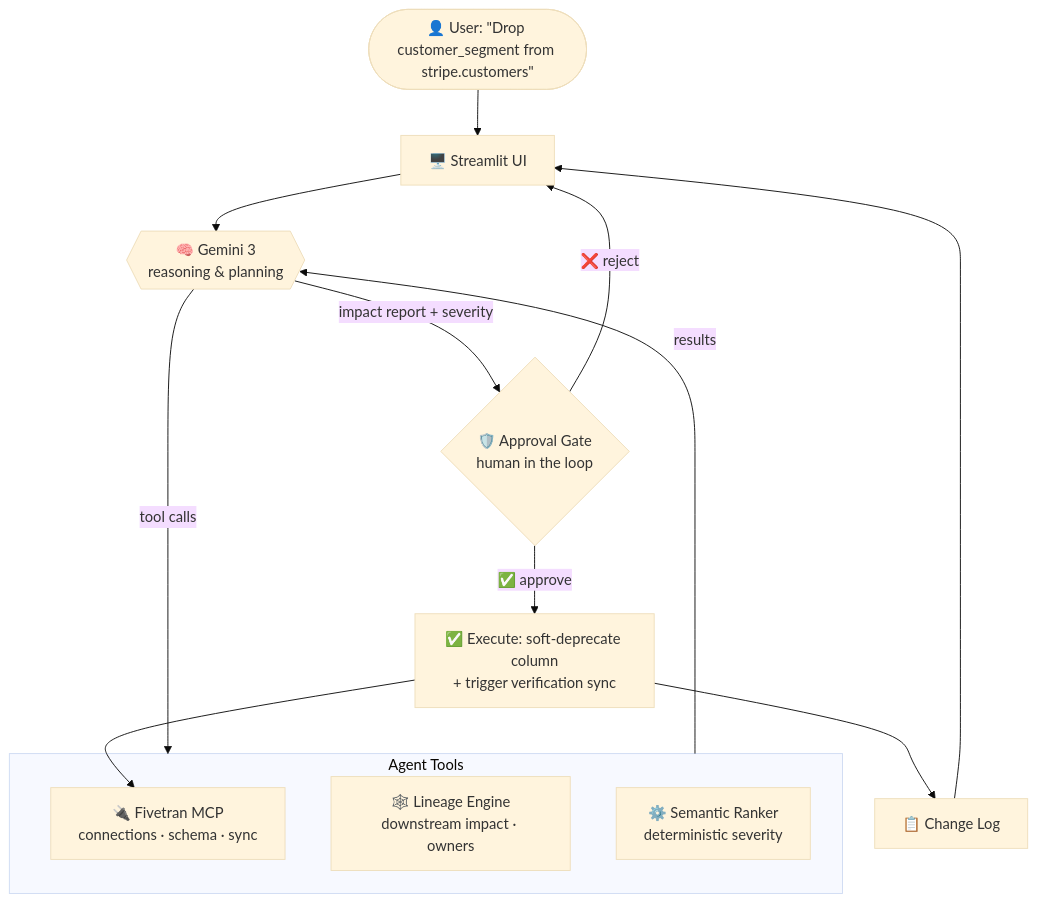
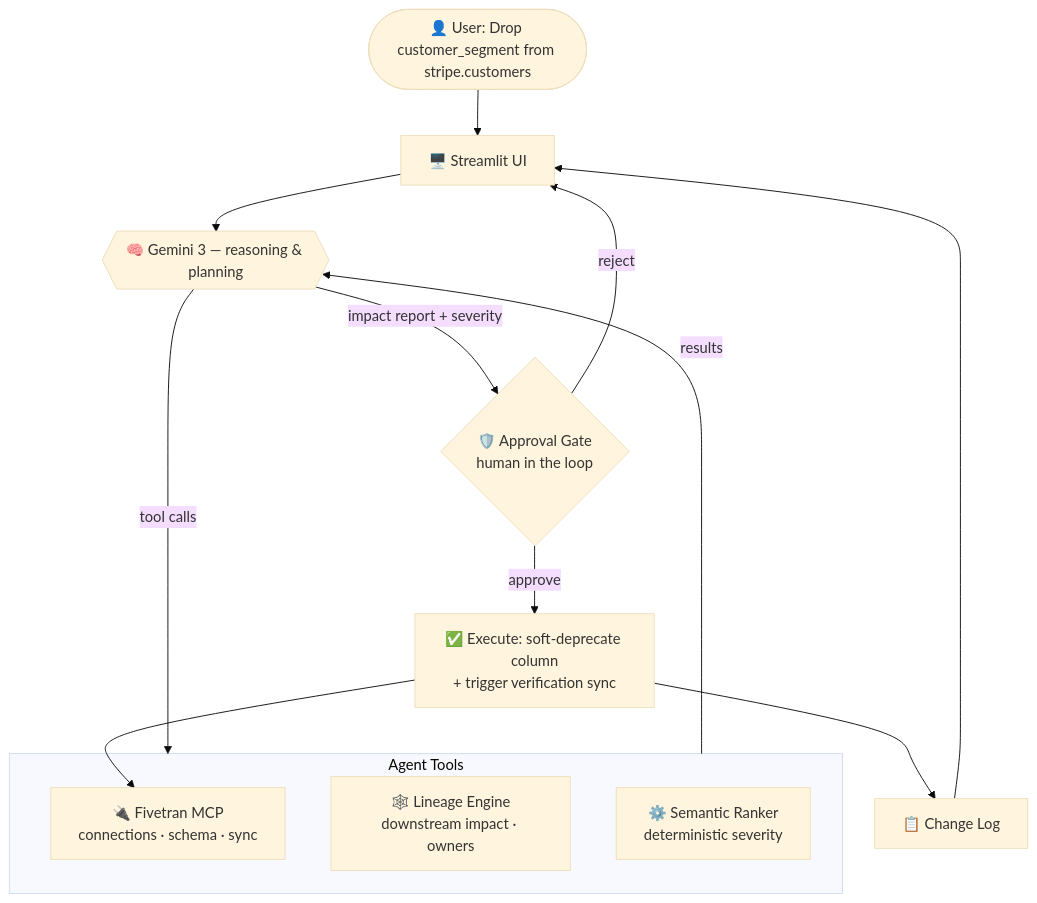
Before and after one commit to coded-devs/Atlas: the diagram in README.md, drawn with Mermaid (base theme).

Commit message:
docs: quote Mermaid node labels for reliable GitHub rendering

````diff
--- a/README.md
+++ b/README.md
@@ -35,22 +35,22 @@
 ```mermaid
 flowchart TD
-    User([👤 User: &quot;Drop customer_segment from stripe.customers&quot;])
-    UI[🖥️ Streamlit UI]
-    Gemini{{🧠 Gemini 3<br/>reasoning &amp; planning}}
-    subgraph Tools[Agent Tools]
-        Fivetran[🔌 Fivetran MCP<br/>connections · schema · sync]
-        Lineage[🕸️ Lineage Engine<br/>downstream impact · owners]
-        Ranker[⚙️ Semantic Ranker<br/>deterministic severity]
+    User(["👤 User: Drop customer_segment from stripe.customers"])
+    UI["🖥️ Streamlit UI"]
+    Gemini{{"🧠 Gemini 3 — reasoning &amp; planning"}}
+    subgraph Tools["Agent Tools"]
+        Fivetran["🔌 Fivetran MCP<br/>connections · schema · sync"]
+        Lineage["🕸️ Lineage Engine<br/>downstream impact · owners"]
+        Ranker["⚙️ Semantic Ranker<br/>deterministic severity"]
     end
-    Gate{🛡️ Approval Gate<br/>human in the loop}
-    Exec[✅ Execute: soft-deprecate column<br/>+ trigger verification sync]
-    Log[📋 Change Log]
+    Gate{"🛡️ Approval Gate<br/>human in the loop"}
+    Exec["✅ Execute: soft-deprecate column<br/>+ trigger verification sync"]
+    Log["📋 Change Log"]
 
     User --> UI --> Gemini
     Gemini -->|tool calls| Tools
     Tools -->|results| Gemini
     Gemini -->|impact report + severity| Gate
-    Gate -->|❌ reject| UI
-    Gate -->|✅ approve| Exec --> Fivetran
+    Gate -->|reject| UI
+    Gate -->|approve| Exec --> Fivetran
     Exec --> Log --> UI
 ```
````
